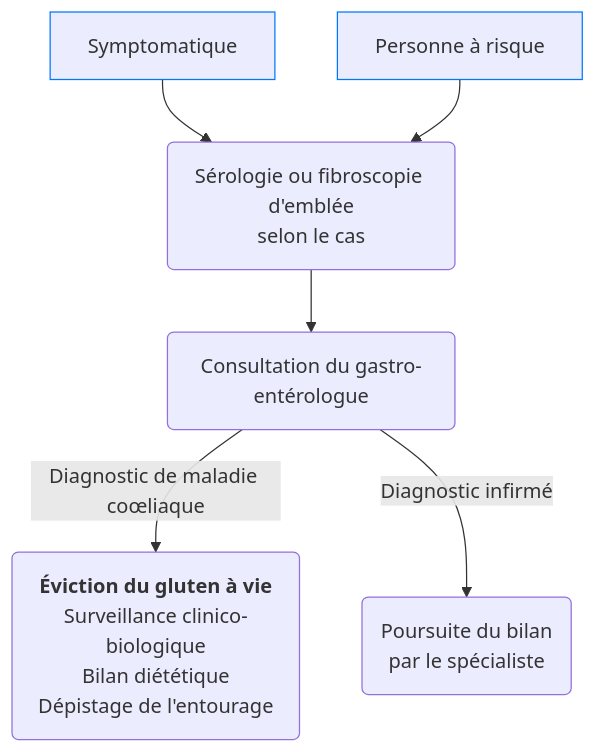
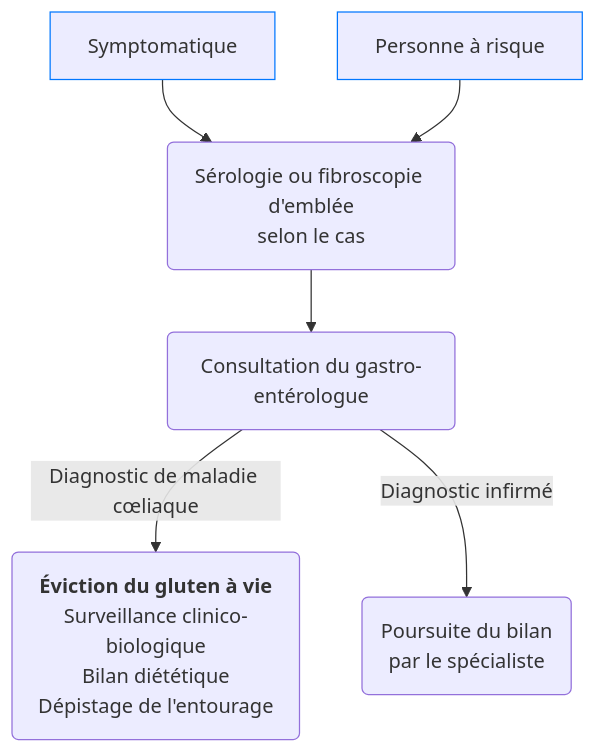
One commit to djibe/recommandations-medicales changed the diagram in content/recommandations/maladie-coeliaque.md. Above: the diagram before and after it, drawn with Mermaid. The commit also changed other lines of this file and 13 other files, not shown here.

```diff
--- a/content/recommandations/maladie-coeliaque.md
+++ b/content/recommandations/maladie-coeliaque.md
@@ -263,10 +263,10 @@
 {{< mermaid >}}
 graph TB
   symptomatique["Symptomatique"] --> examen("Sérologie ou fibroscopie d'emblée<br>selon le cas")
   style symptomatique stroke:#0077ff, stroke-width:1px
   personneARisque["Personne à risque"] --> examen
   style personneARisque stroke:#0077ff, stroke-width:1px
     examen --> gastro("Consultation du gastro-entérologue")
-      gastro --"Diagnostic de maladie coœliaque"--> traitement("<b>Éviction du gluten à vie</b><br>Surveillance clinico-biologique<br>Bilan diététique<br>Dépistage de l'entourage")
+      gastro --"Diagnostic de maladie cœliaque"--> traitement("<b>Éviction du gluten à vie</b><br>Surveillance clinico-biologique<br>Bilan diététique<br>Dépistage de l'entourage")
       gastro --"Diagnostic infirmé"--> explo("Poursuite du bilan<br>par le spécialiste")
 {{< /mermaid >}}
```
